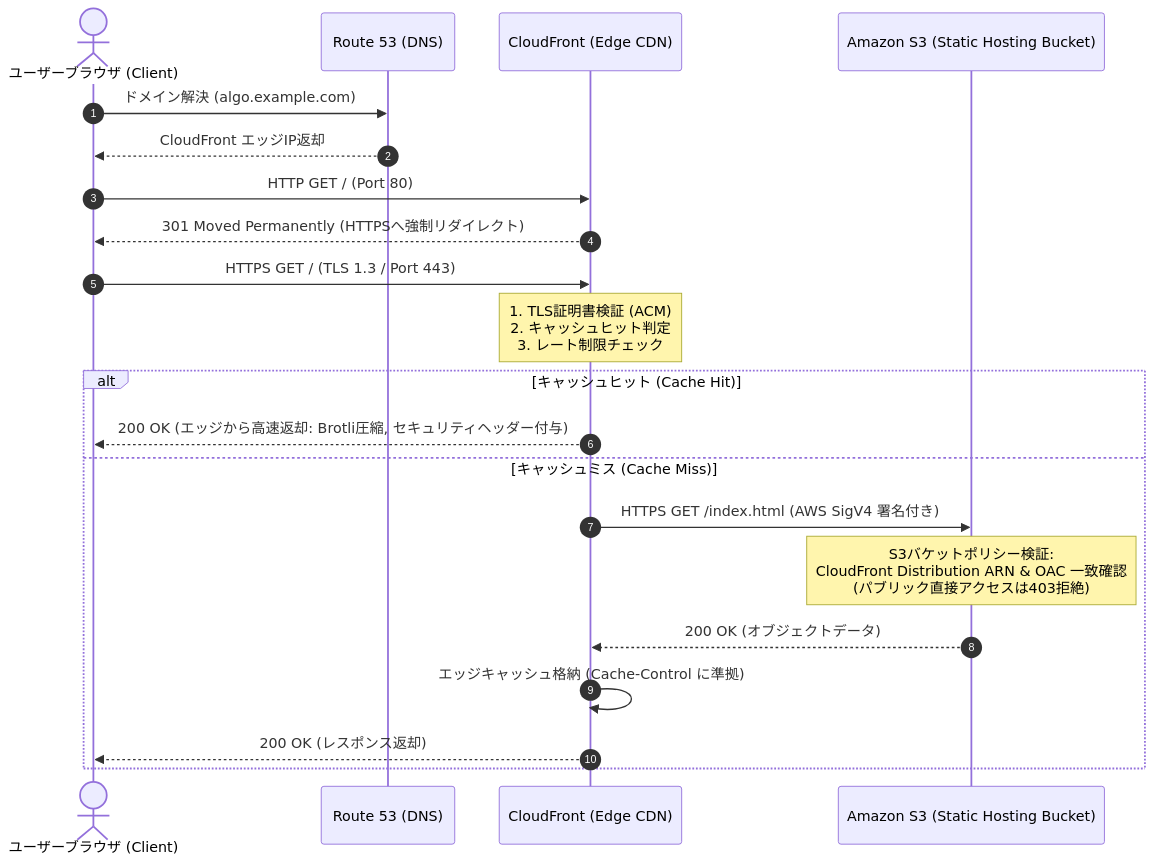
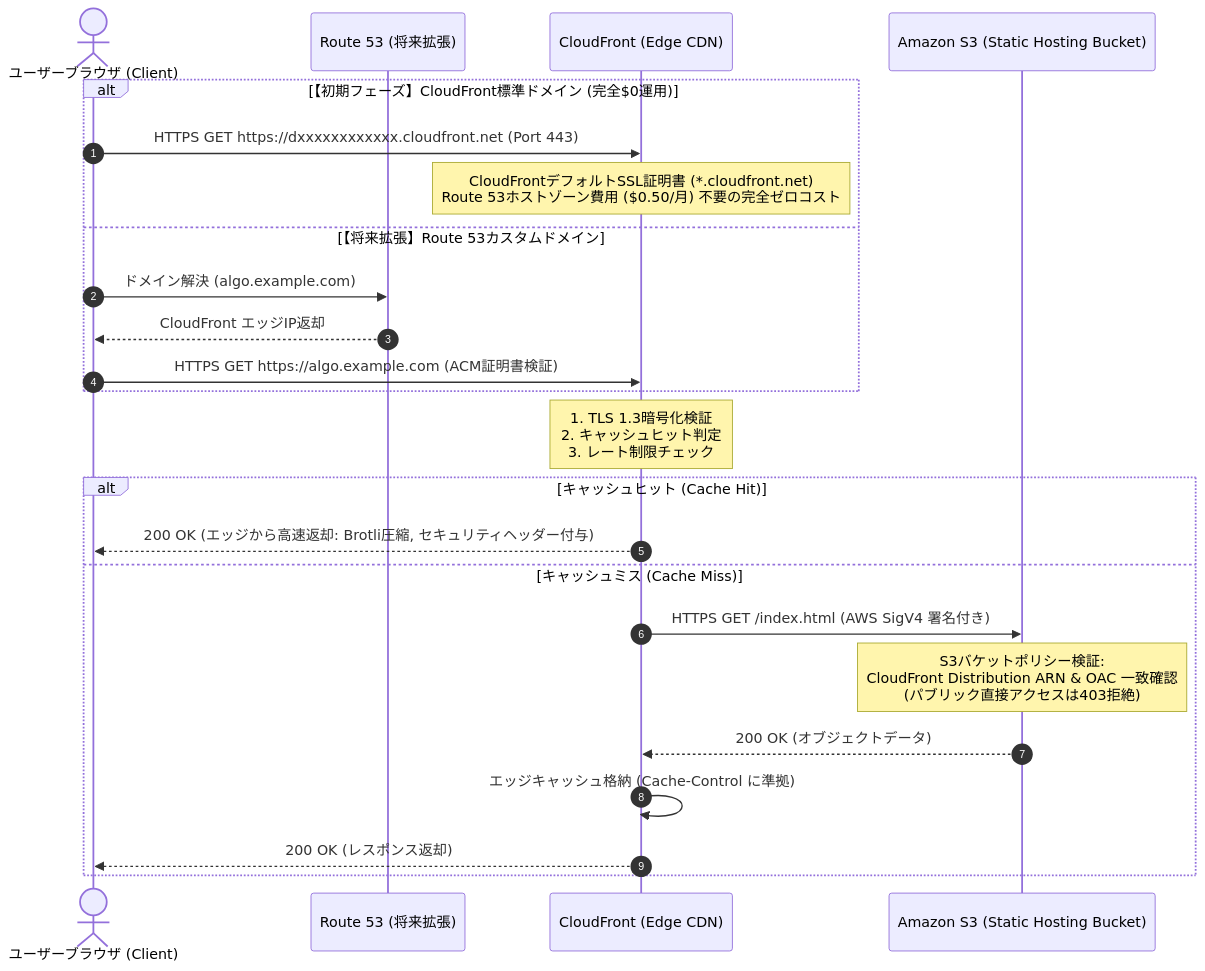
The diagram in docs/design/infrastructure/network-spec.md (dandelion0016/algo), drawn with Mermaid before and after one commit. The commit also changed other lines of this file and 2 other files, not shown here.

Commit message:
docs(infra): 初期はCloudFront標準ドメイン（完全）を採用し将来拡張時にRoute53/ACMへ移行する方針を反映

````diff
--- a/docs/design/infrastructure/network-spec.md
+++ b/docs/design/infrastructure/network-spec.md
@@ -12,27 +12,29 @@
 ```mermaid
 sequenceDiagram
     autonumber
     actor Browser as ユーザーブラウザ (Client)
-    participant DNS as Route 53 (DNS)
+    participant DNS as Route 53 (将来拡張)
     participant CF as CloudFront (Edge CDN)
     participant S3 as Amazon S3 (Static Hosting Bucket)
 
-    Browser->>DNS: ドメイン解決 (algo.example.com)
-    DNS-->>Browser: CloudFront エッジIP返却
+    alt 【初期フェーズ】CloudFront標準ドメイン (完全$0運用)
+        Browser->>CF: HTTPS GET https://dxxxxxxxxxxxx.cloudfront.net (Port 443)
+        Note over CF: CloudFrontデフォルトSSL証明書 (*.cloudfront.net)<br>Route 53ホストゾーン費用 ($0.50/月) 不要の完全ゼロコスト
+    else 【将来拡張】Route 53カスタムドメイン
+        Browser->>DNS: ドメイン解決 (algo.example.com)
+        DNS-->>Browser: CloudFront エッジIP返却
+        Browser->>CF: HTTPS GET https://algo.example.com (ACM証明書検証)
+    end
 
-    Browser->>CF: HTTP GET / (Port 80)
-    CF-->>Browser: 301 Moved Permanently (HTTPSへ強制リダイレクト)
-
-    Browser->>CF: HTTPS GET / (TLS 1.3 / Port 443)
-    Note over CF: 1. TLS証明書検証 (ACM)<br>2. キャッシュヒット判定<br>3. レート制限チェック
+    Note over CF: 1. TLS 1.3暗号化検証<br>2. キャッシュヒット判定<br>3. レート制限チェック
 
     alt キャッシュヒット (Cache Hit)
         CF-->>Browser: 200 OK (エッジから高速返却: Brotli圧縮, セキュリティヘッダー付与)
     else キャッシュミス (Cache Miss)
         CF->>S3: HTTPS GET /index.html (AWS SigV4 署名付き)
         Note over S3: S3バケットポリシー検証:<br>CloudFront Distribution ARN & OAC 一致確認<br>(パブリック直接アクセスは403拒絶)
         S3-->>CF: 200 OK (オブジェクトデータ)
         CF->>CF: エッジキャッシュ格納 (Cache-Control に準拠)
         CF-->>Browser: 200 OK (レスポンス返却)
     end
 ```
````
